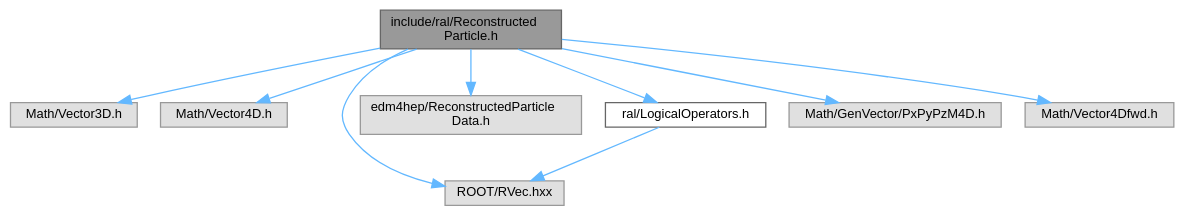
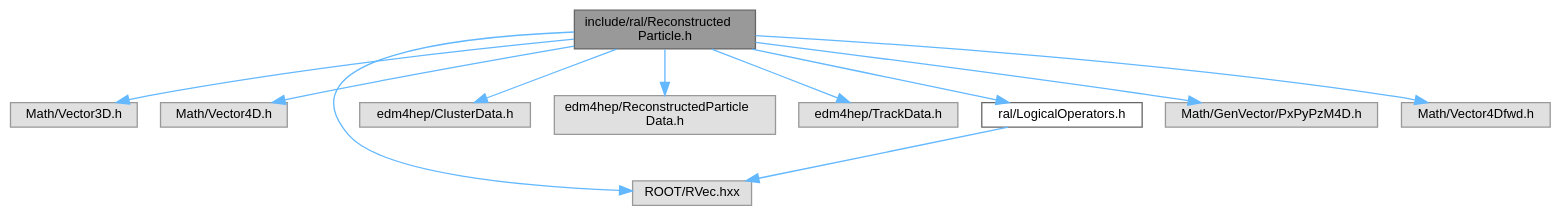
One commit to Juanki0396/ral changed the diagram in docs/ReconstructedParticle_8h__incl.dot. Above: the diagram before and after it, drawn with Graphviz. The commit also changed 12 other files, not shown here.

```diff
--- a/docs/ReconstructedParticle_8h__incl.dot
+++ b/docs/ReconstructedParticle_8h__incl.dot
@@ -1,23 +1,27 @@
 digraph "include/ral/ReconstructedParticle.h"
 {
  // LATEX_PDF_SIZE
   bgcolor="transparent";
   edge [fontname=Helvetica,fontsize=10,labelfontname=Helvetica,labelfontsize=10];
   node [fontname=Helvetica,fontsize=10,shape=box,height=0.2,width=0.4];
   Node1 [id="Node000001",label="include/ral/Reconstructed\lParticle.h",height=0.2,width=0.4,color="gray40", fillcolor="grey60", style="filled", fontcolor="black",tooltip=" "];
   Node1 -> Node2 [id="edge1_Node000001_Node000002",color="steelblue1",style="solid",tooltip=" "];
   Node2 [id="Node000002",label="Math/Vector3D.h",height=0.2,width=0.4,color="grey60", fillcolor="#E0E0E0", style="filled",tooltip=" "];
   Node1 -> Node3 [id="edge2_Node000001_Node000003",color="steelblue1",style="solid",tooltip=" "];
   Node3 [id="Node000003",label="Math/Vector4D.h",height=0.2,width=0.4,color="grey60", fillcolor="#E0E0E0", style="filled",tooltip=" "];
   Node1 -> Node4 [id="edge3_Node000001_Node000004",color="steelblue1",style="solid",tooltip=" "];
   Node4 [id="Node000004",label="ROOT/RVec.hxx",height=0.2,width=0.4,color="grey60", fillcolor="#E0E0E0", style="filled",tooltip=" "];
   Node1 -> Node5 [id="edge4_Node000001_Node000005",color="steelblue1",style="solid",tooltip=" "];
-  Node5 [id="Node000005",label="edm4hep/ReconstructedParticle\lData.h",height=0.2,width=0.4,color="grey60", fillcolor="#E0E0E0", style="filled",tooltip=" "];
+  Node5 [id="Node000005",label="edm4hep/ClusterData.h",height=0.2,width=0.4,color="grey60", fillcolor="#E0E0E0", style="filled",tooltip=" "];
   Node1 -> Node6 [id="edge5_Node000001_Node000006",color="steelblue1",style="solid",tooltip=" "];
-  Node6 [id="Node000006",label="ral/LogicalOperators.h",height=0.2,width=0.4,color="grey40", fillcolor="white", style="filled",URL="$LogicalOperators_8h.html",tooltip=" "];
-  Node6 -> Node4 [id="edge6_Node000006_Node000004",color="steelblue1",style="solid",tooltip=" "];
-  Node1 -> Node7 [id="edge7_Node000001_Node000007",color="steelblue1",style="solid",tooltip=" "];
-  Node7 [id="Node000007",label="Math/GenVector/PxPyPzM4D.h",height=0.2,width=0.4,color="grey60", fillcolor="#E0E0E0", style="filled",tooltip=" "];
-  Node1 -> Node8 [id="edge8_Node000001_Node000008",color="steelblue1",style="solid",tooltip=" "];
-  Node8 [id="Node000008",label="Math/Vector4Dfwd.h",height=0.2,width=0.4,color="grey60", fillcolor="#E0E0E0", style="filled",tooltip=" "];
+  Node6 [id="Node000006",label="edm4hep/ReconstructedParticle\lData.h",height=0.2,width=0.4,color="grey60", fillcolor="#E0E0E0", style="filled",tooltip=" "];
+  Node1 -> Node7 [id="edge6_Node000001_Node000007",color="steelblue1",style="solid",tooltip=" "];
+  Node7 [id="Node000007",label="edm4hep/TrackData.h",height=0.2,width=0.4,color="grey60", fillcolor="#E0E0E0", style="filled",tooltip=" "];
+  Node1 -> Node8 [id="edge7_Node000001_Node000008",color="steelblue1",style="solid",tooltip=" "];
+  Node8 [id="Node000008",label="ral/LogicalOperators.h",height=0.2,width=0.4,color="grey40", fillcolor="white", style="filled",URL="$LogicalOperators_8h.html",tooltip=" "];
+  Node8 -> Node4 [id="edge8_Node000008_Node000004",color="steelblue1",style="solid",tooltip=" "];
+  Node1 -> Node9 [id="edge9_Node000001_Node000009",color="steelblue1",style="solid",tooltip=" "];
+  Node9 [id="Node000009",label="Math/GenVector/PxPyPzM4D.h",height=0.2,width=0.4,color="grey60", fillcolor="#E0E0E0", style="filled",tooltip=" "];
+  Node1 -> Node10 [id="edge10_Node000001_Node000010",color="steelblue1",style="solid",tooltip=" "];
+  Node10 [id="Node000010",label="Math/Vector4Dfwd.h",height=0.2,width=0.4,color="grey60", fillcolor="#E0E0E0", style="filled",tooltip=" "];
 }
```
